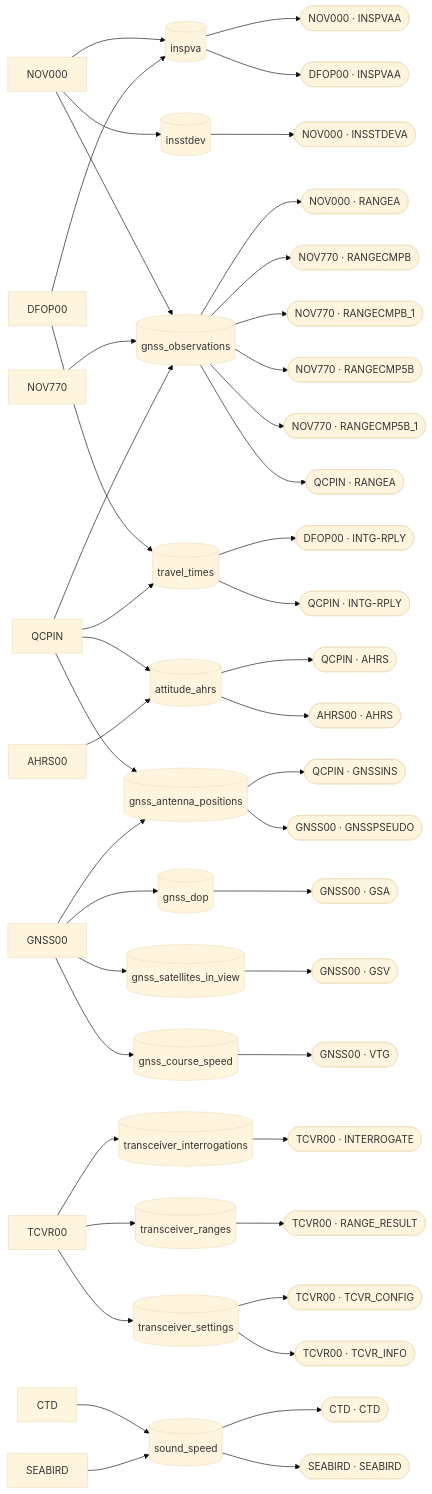
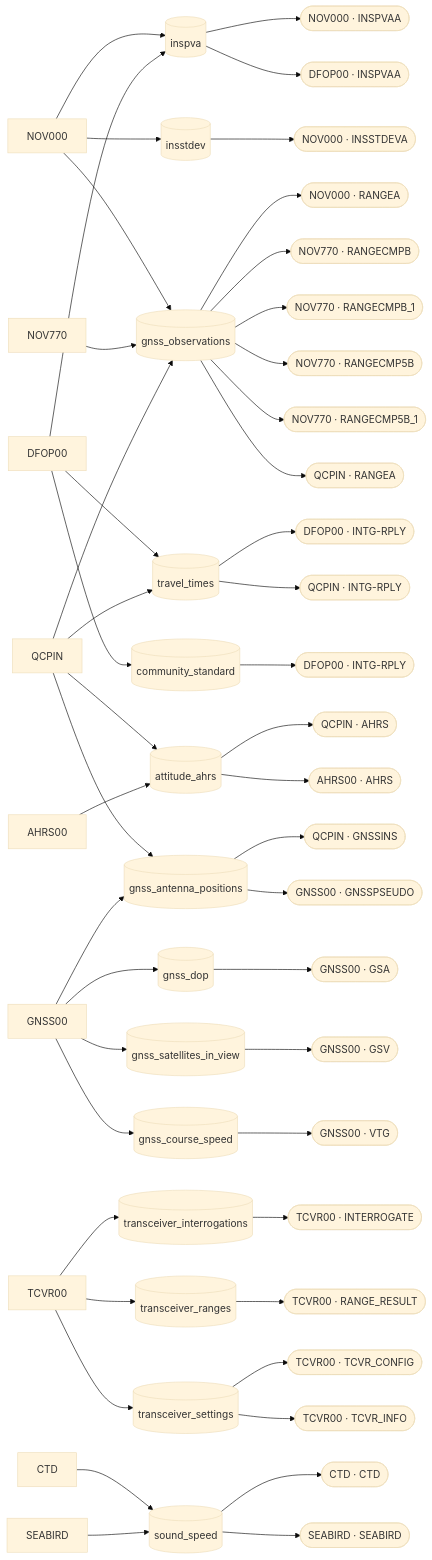
Before and after one commit to EarthScope/earthscope-sfg-tools: the diagram in src/go/pkg/README.md, drawn with Mermaid (base theme). The commit also changed 113 other files, not shown here.

````diff
--- a/src/go/pkg/README.md
+++ b/src/go/pkg/README.md
@@ -7,76 +7,79 @@
 ```mermaid
 flowchart LR
     %% File types
     NOV000[NOV000]
     NOV770[NOV770]
     DFOP00[DFOP00]
     QCPIN[QCPIN]
     AHRS00[AHRS00]
     GNSS00[GNSS00]
     TCVR00[TCVR00]
     CTD[CTD]
     SEABIRD[SEABIRD]
 
     %% Level 0 tables
     inspva[(inspva)]
     insstdev[(insstdev)]
     gnss_observations[(gnss_observations)]
     gnss_antenna_positions[(gnss_antenna_positions)]
     attitude_ahrs[(attitude_ahrs)]
     travel_times[(travel_times)]
     gnss_dop[(gnss_dop)]
     gnss_satellites_in_view[(gnss_satellites_in_view)]
     gnss_course_speed[(gnss_course_speed)]
     transceiver_interrogations[(transceiver_interrogations)]
     transceiver_ranges[(transceiver_ranges)]
     transceiver_settings[(transceiver_settings)]
     sound_speed[(sound_speed)]
+    community_standard[(community_standard)]
 
     %% File type -> table
     NOV000 --> inspva
     NOV000 --> insstdev
     NOV000 --> gnss_observations
     NOV770 --> gnss_observations
     DFOP00 --> travel_times
     DFOP00 --> inspva
+    DFOP00 --> community_standard
     QCPIN --> travel_times
     QCPIN --> attitude_ahrs
     QCPIN --> gnss_antenna_positions
     QCPIN --> gnss_observations
     AHRS00 --> attitude_ahrs
     GNSS00 --> gnss_antenna_positions
     GNSS00 --> gnss_dop
     GNSS00 --> gnss_satellites_in_view
     GNSS00 --> gnss_course_speed
     TCVR00 --> transceiver_interrogations
     TCVR00 --> transceiver_ranges
     TCVR00 --> transceiver_settings
     CTD --> sound_speed
     SEABIRD --> sound_speed
 
     %% Table -> log source (labelled file type · log source)
     inspva --> NOV000_INSPVAA([NOV000 · INSPVAA])
     insstdev --> NOV000_INSSTDEVA([NOV000 · INSSTDEVA])
     gnss_observations --> NOV000_RANGEA([NOV000 · RANGEA])
     gnss_observations --> NOV770_RANGECMPB([NOV770 · RANGECMPB])
     gnss_observations --> NOV770_RANGECMPB_1([NOV770 · RANGECMPB_1])
     gnss_observations --> NOV770_RANGECMP5B([NOV770 · RANGECMP5B])
     gnss_observations --> NOV770_RANGECMP5B_1([NOV770 · RANGECMP5B_1])
     gnss_observations --> QCPIN_RANGEA([QCPIN · RANGEA])
     travel_times --> DFOP00_INTG_RPLY([DFOP00 · INTG-RPLY])
     inspva --> DFOP00_INSPVAA([DFOP00 · INSPVAA])
+    community_standard --> DFOP00_SHOTS([DFOP00 · INTG-RPLY])
     travel_times --> QCPIN_INTG_RPLY([QCPIN · INTG-RPLY])
     attitude_ahrs --> QCPIN_AHRS([QCPIN · AHRS])
     gnss_antenna_positions --> QCPIN_GNSSINS([QCPIN · GNSSINS])
     attitude_ahrs --> AHRS00_AHRS([AHRS00 · AHRS])
     gnss_antenna_positions --> GNSS00_GNSSPSEUDO([GNSS00 · GNSSPSEUDO])
     gnss_dop --> GNSS00_GSA([GNSS00 · GSA])
     gnss_satellites_in_view --> GNSS00_GSV([GNSS00 · GSV])
     gnss_course_speed --> GNSS00_VTG([GNSS00 · VTG])
     transceiver_interrogations --> TCVR00_INTERROGATE([TCVR00 · INTERROGATE])
     transceiver_ranges --> TCVR00_RANGE_RESULT([TCVR00 · RANGE_RESULT])
     transceiver_settings --> TCVR00_TCVR_CONFIG([TCVR00 · TCVR_CONFIG])
     transceiver_settings --> TCVR00_TCVR_INFO([TCVR00 · TCVR_INFO])
     sound_speed --> CTD_CTD([CTD · CTD])
     sound_speed --> SEABIRD_SEABIRD([SEABIRD · SEABIRD])
 ```
````
